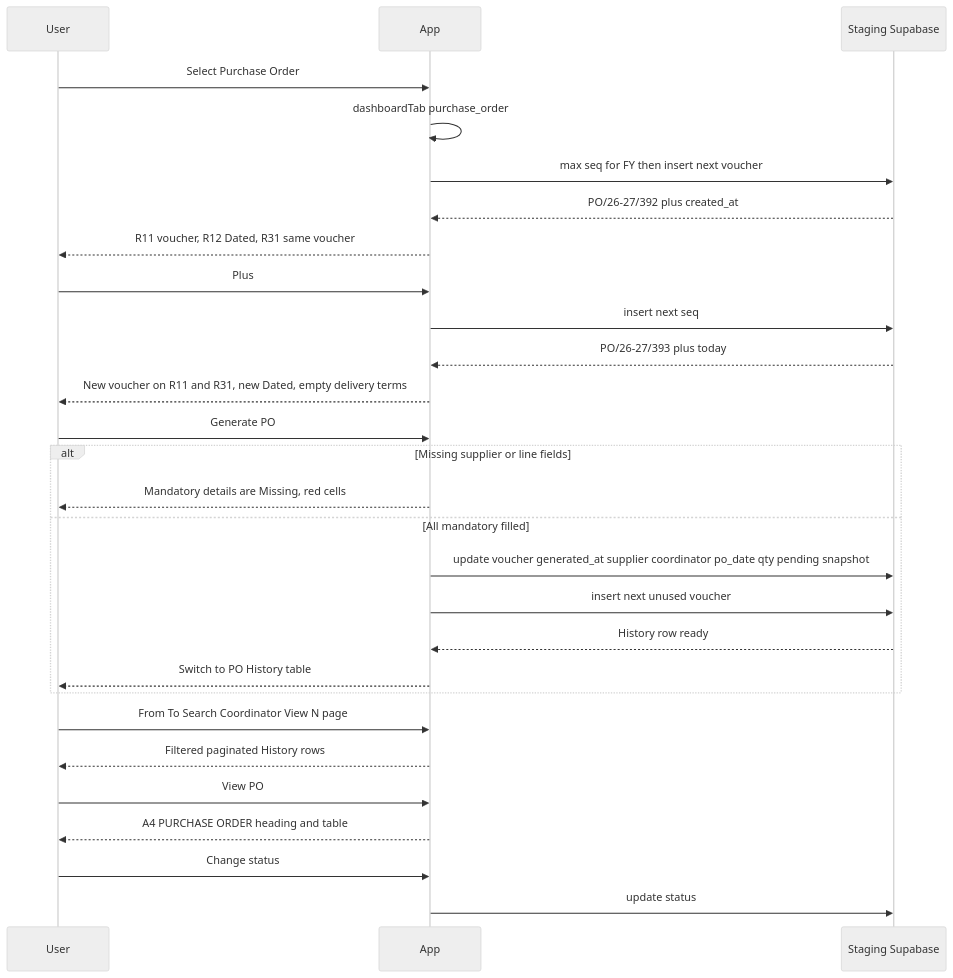
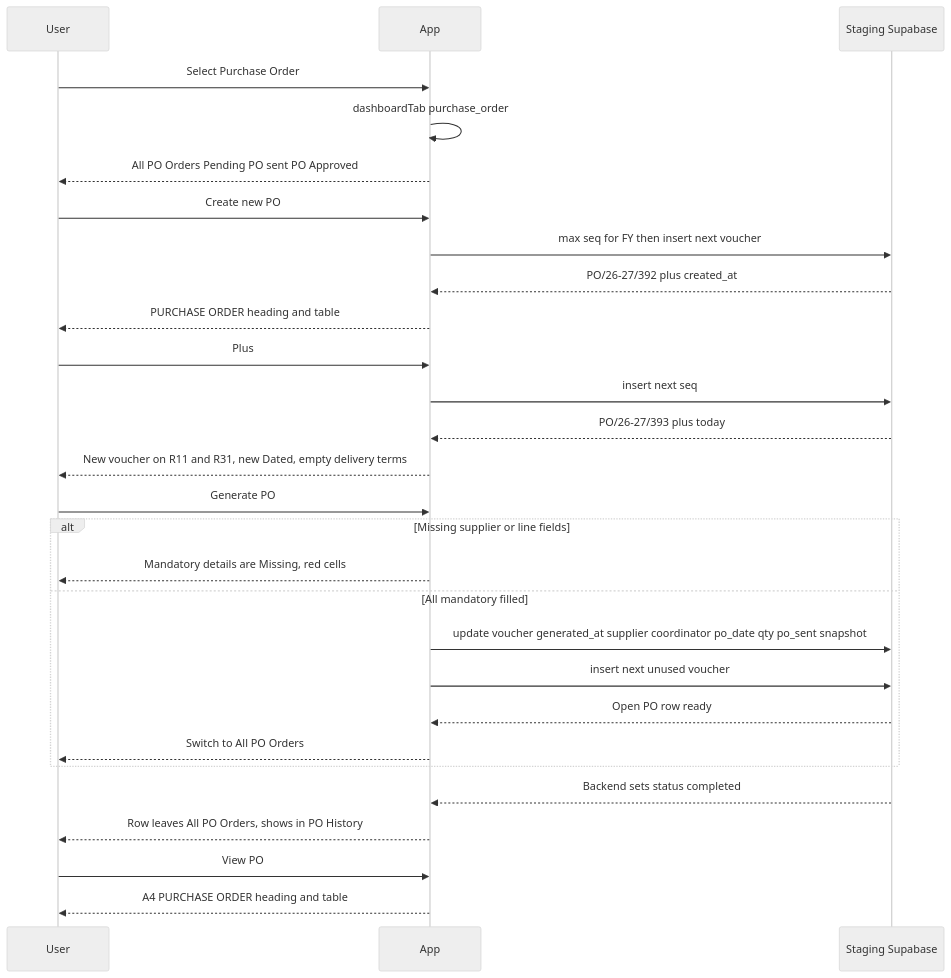
The tenth of 10 diagrams in docs/FLOWCHARTS.md (Mayur8291/Printing-Tracker), drawn with Mermaid (neutral theme) before and after one commit. The commit also changed other lines of this file and 9 other files, not shown here.

Commit message:
Split All PO Orders from History and space the Purchase Order tabs.

````diff
--- a/docs/FLOWCHARTS.md
+++ b/docs/FLOWCHARTS.md
@@ -206,30 +208,30 @@
 ```mermaid
 sequenceDiagram
   participant User
   participant App
   participant SB as Staging Supabase
   User->>App: Select Purchase Order
   App->>App: dashboardTab purchase_order
+  App-->>User: All PO Orders Pending PO sent PO Approved
+  User->>App: Create new PO
   App->>SB: max seq for FY then insert next voucher
   SB-->>App: PO/26-27/392 plus created_at
-  App-->>User: R11 voucher, R12 Dated, R31 same voucher
+  App-->>User: PURCHASE ORDER heading and table
   User->>App: Plus
   App->>SB: insert next seq
   SB-->>App: PO/26-27/393 plus today
   App-->>User: New voucher on R11 and R31, new Dated, empty delivery terms
   User->>App: Generate PO
   alt Missing supplier or line fields
     App-->>User: Mandatory details are Missing, red cells
   else All mandatory filled
-    App->>SB: update voucher generated_at supplier coordinator po_date qty pending snapshot
+    App->>SB: update voucher generated_at supplier coordinator po_date qty po_sent snapshot
     App->>SB: insert next unused voucher
-    SB-->>App: History row ready
-    App-->>User: Switch to PO History table
+    SB-->>App: Open PO row ready
+    App-->>User: Switch to All PO Orders
   end
-  User->>App: From To Search Coordinator View N page
-  App-->>User: Filtered paginated History rows
+  SB-->>App: Backend sets status completed
+  App-->>User: Row leaves All PO Orders, shows in PO History
   User->>App: View PO
   App-->>User: A4 PURCHASE ORDER heading and table
-  User->>App: Change status
-  App->>SB: update status
 ```
````
